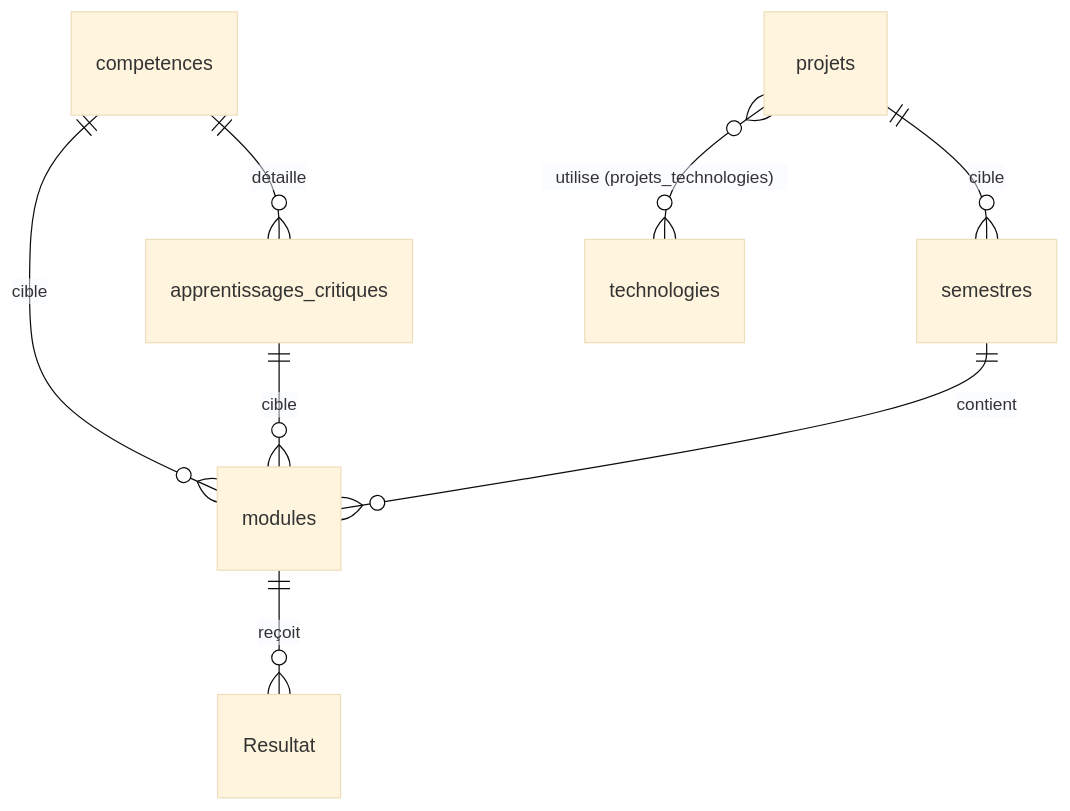
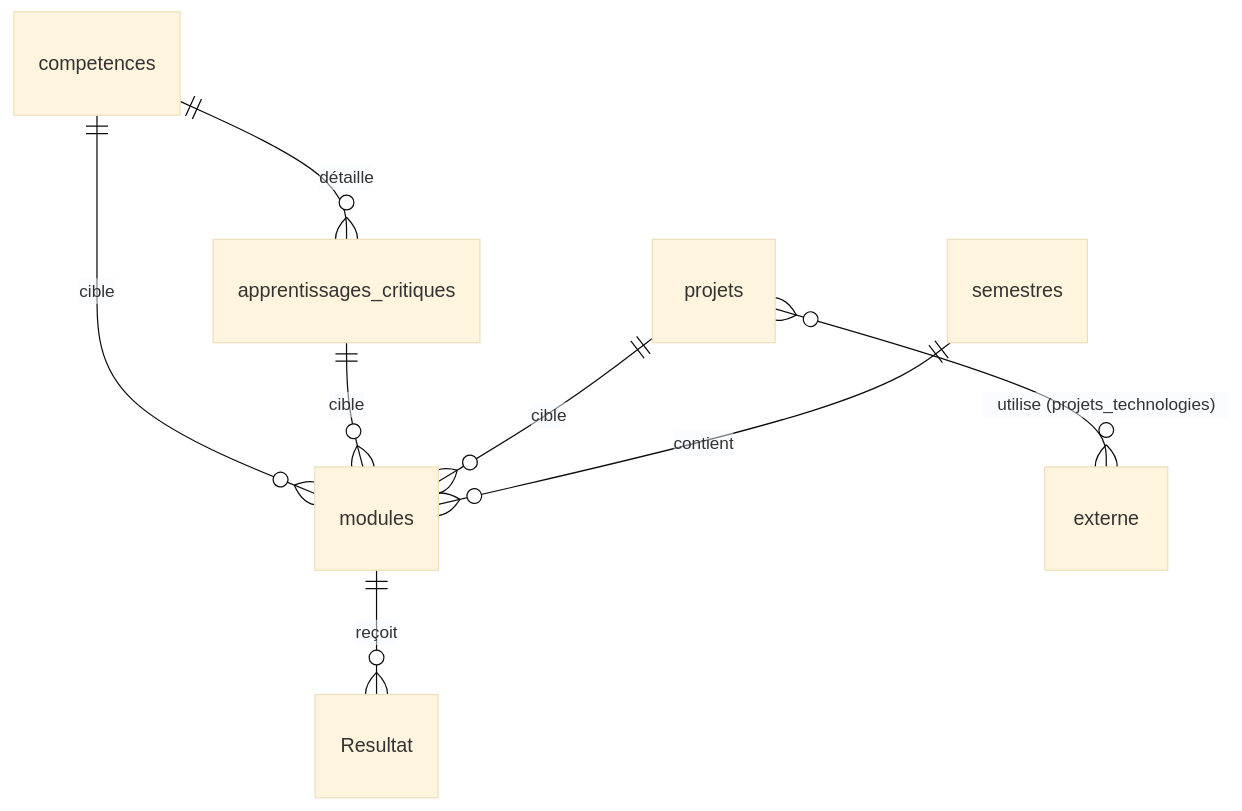
The second of 2 diagrams in architecture/ARCHITECTURE.md (tshazlytembo123-bot/tshazly-man-tte), drawn with Mermaid (base theme) before and after one commit.

Commit message:
Update ER diagram relationships in ARCHITECTURE.md

````diff
--- a/architecture/ARCHITECTURE.md
+++ b/architecture/ARCHITECTURE.md
@@ -65,10 +65,10 @@
 ```mermaid
 erDiagram
   competences ||--o{ apprentissages_critiques : "détaille"
   competences ||--o{ modules : "cible"
   apprentissages_critiques ||--o{ modules : "cible"
-  projets ||--o{semestres : "cible"
-  projets }o--o{ technologies : "utilise (projets_technologies)"
+  projets ||--o{modules : "cible"
+  projets }o--o{ externe : "utilise (projets_technologies)"
   semestres ||--o{ modules : "contient"
   modules ||--o{ Resultat  : "reçoit"
 ```
````
